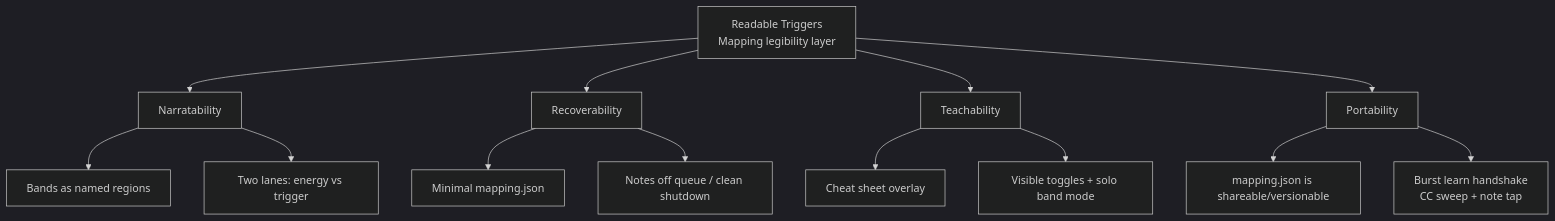
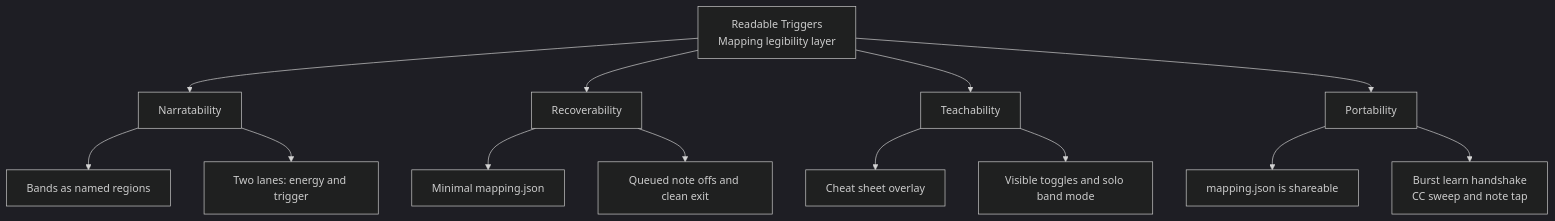
Before and after one commit to bseverns/frZone: the diagram in docs/report_fig3.mmd, drawn with Mermaid (dark theme). The commit also changed 2 other files, not shown here.

```diff
--- a/docs/report_fig3.mmd
+++ b/docs/report_fig3.mmd
@@ -1,20 +1,20 @@
 flowchart TB
-  %% Figure 3B — Aims → supports (compact mapping)
+  %% Figure 3 — Readable Triggers aims → frZone supports
 
   RT["Readable Triggers<br/>Mapping legibility layer"]
 
   RT --> N["Narratability"]
   N --> N1["Bands as named regions"]
-  N --> N2["Two lanes: energy vs trigger"]
+  N --> N2["Two lanes: energy and trigger"]
 
   RT --> R["Recoverability"]
   R --> R1["Minimal mapping.json"]
-  R --> R2["Notes off queue / clean shutdown"]
+  R --> R2["Queued note offs and clean exit"]
 
   RT --> T["Teachability"]
   T --> T1["Cheat sheet overlay"]
-  T --> T2["Visible toggles + solo band mode"]
+  T --> T2["Visible toggles and solo band mode"]
 
   RT --> P["Portability"]
-  P --> P1["mapping.json is shareable/versionable"]
-  P --> P2["Burst learn handshake<br/>CC sweep + note tap"]
+  P --> P1["mapping.json is shareable"]
+  P --> P2["Burst learn handshake<br/>CC sweep and note tap"]
```
